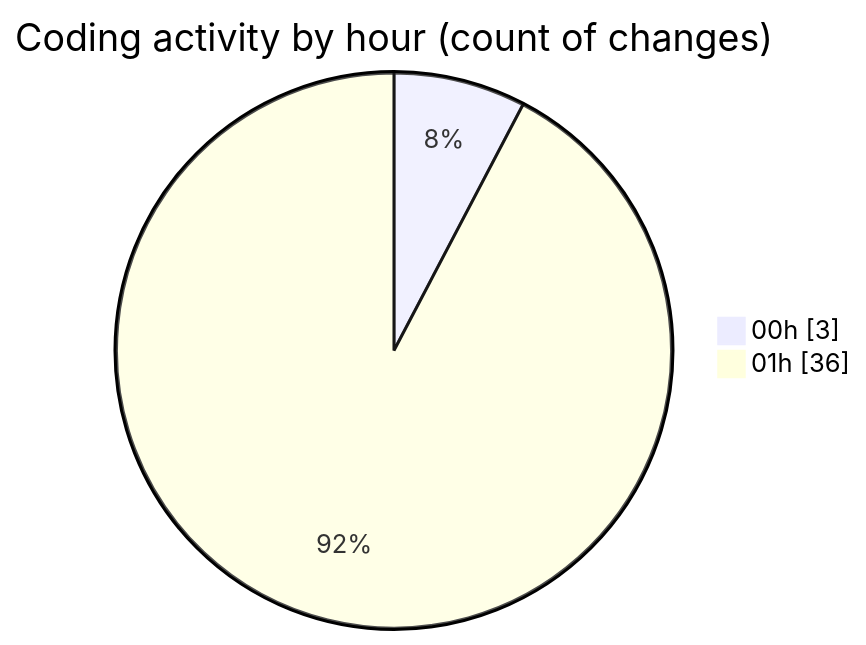
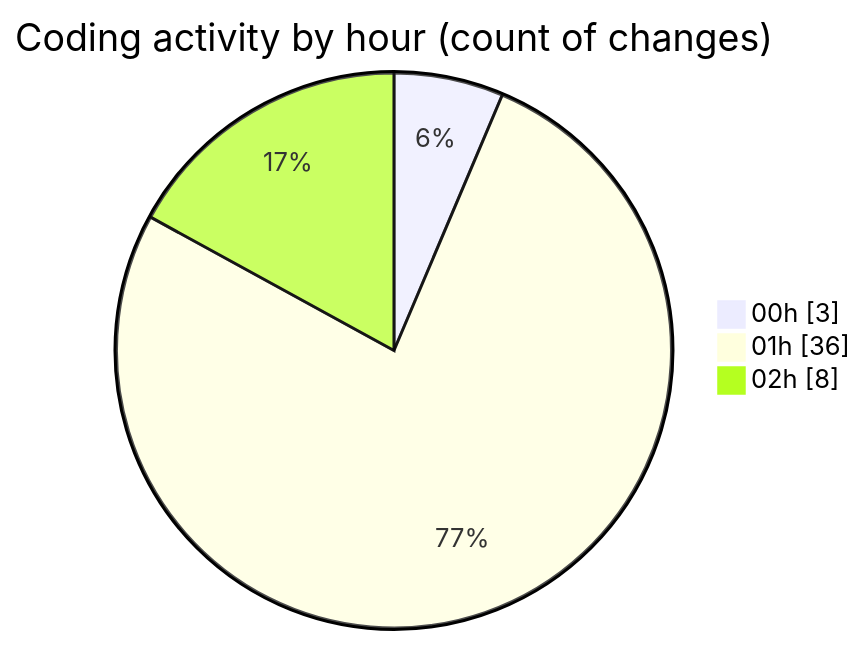
One commit to lephambinh05/code-tracking changed the second of 2 diagrams in 2025-09-05/hiai-phf/README.md. Above: the diagram before and after it, drawn with Mermaid. The commit also changed other lines of this file and 1 other file, not shown here.

````diff
--- a/2025-09-05/hiai-phf/README.md
+++ b/2025-09-05/hiai-phf/README.md
@@ -41,6 +42,7 @@
 ```mermaid
 pie showData
 title Coding activity by hour (count of changes)
 "00h" : 3
 "01h" : 36
+"02h" : 8
 ```
````
